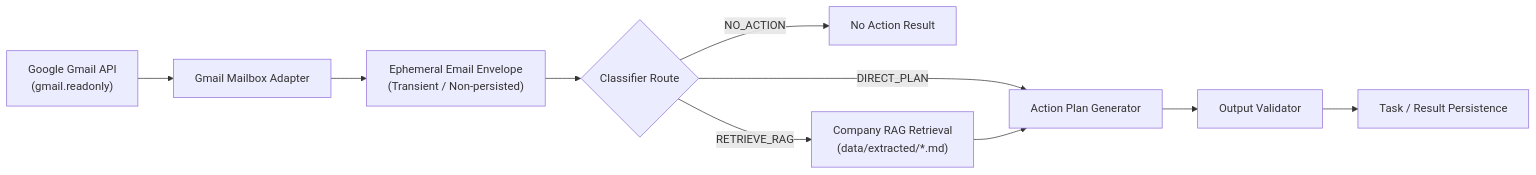
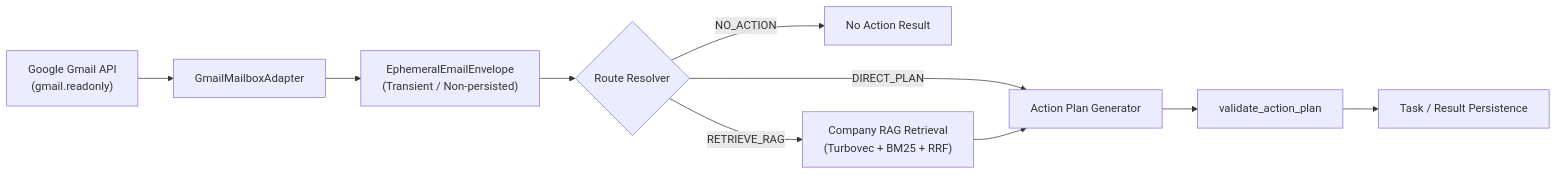
Before and after one commit to MathematicGuy/EMAIL-AGENT-v1: the diagram in docs/architectures/current-architectures/01-email-action-plan-and-rag.md, drawn with Mermaid. The commit also changed other lines of this file and 14 other files, not shown here.

````diff
--- a/docs/architectures/current-architectures/01-email-action-plan-and-rag.md
+++ b/docs/architectures/current-architectures/01-email-action-plan-and-rag.md
@@ -14,14 +14,14 @@
 ```mermaid
 flowchart LR
-    GMAIL["Google Gmail API<br/>(gmail.readonly)"] --> READ["Gmail Mailbox Adapter"]
-    READ --> ENV["Ephemeral Email Envelope<br/>(Transient / Non-persisted)"]
-    ENV --> ROUTE{"Classifier Route"}
+    GMAIL["Google Gmail API<br/>(gmail.readonly)"] --> READ["GmailMailboxAdapter"]
+    READ --> ENV["EphemeralEmailEnvelope<br/>(Transient / Non-persisted)"]
+    ENV --> ROUTE{"Route Resolver"}
 
     ROUTE -->|NO_ACTION| NOACT["No Action Result"]
     ROUTE -->|DIRECT_PLAN| GEN["Action Plan Generator"]
-    ROUTE -->|RETRIEVE_RAG| RAG["Company RAG Retrieval<br/>(data/extracted/*.md)"]
+    ROUTE -->|RETRIEVE_RAG| RAG["Company RAG Retrieval<br/>(Turbovec + BM25 + RRF)"]
 
     RAG --> GEN
-    GEN --> VAL["Output Validator"]
+    GEN --> VAL["validate_action_plan"]
     VAL --> TASKDB["Task / Result Persistence"]
 ```
````
